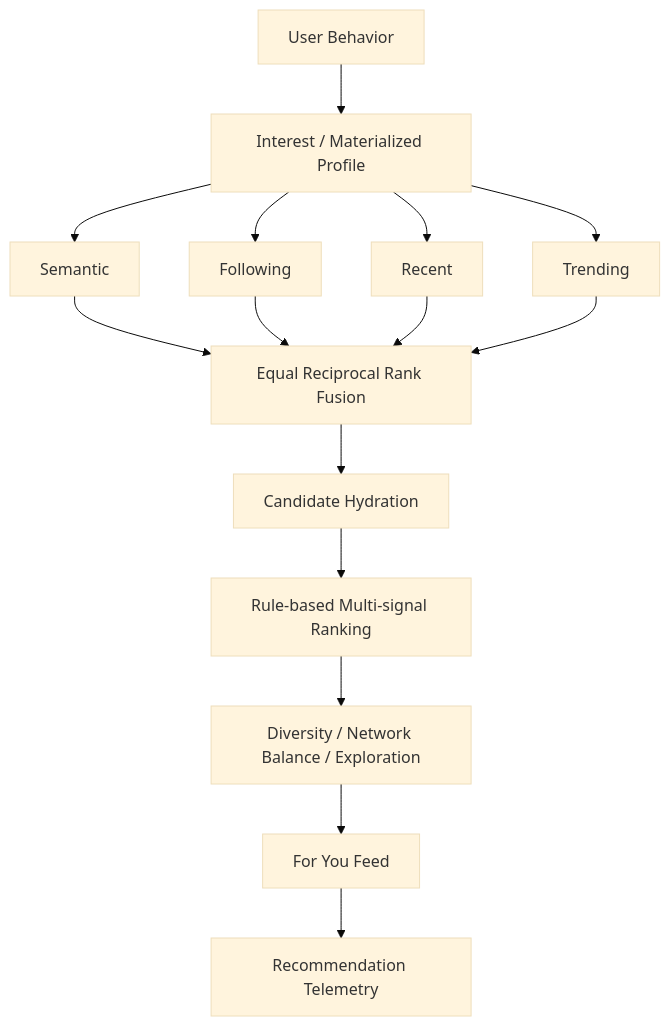
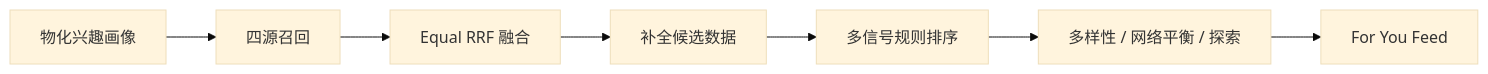
The first of 2 diagrams in README.md (cc483858939-ops/exchange-platform), drawn with Mermaid (base theme) before and after one commit. The commit also changed other lines of this file, not shown here.

Commit message:
Rewrite README with architecture, features, setup, and validation guide

````diff
--- a/README.md
+++ b/README.md
@@ -33,17 +35,9 @@
 ```mermaid
-flowchart TD
-    A[User Behavior] --> B[Interest / Materialized Profile]
-    B --> C1[Semantic]
-    B --> C2[Following]
-    B --> C3[Recent]
-    B --> C4[Trending]
-    C1 --> D[Equal Reciprocal Rank Fusion]
-    C2 --> D
-    C3 --> D
-    C4 --> D
-    D --> E[Candidate Hydration]
-    E --> F[Rule-based Multi-signal Ranking]
-    F --> G[Diversity / Network Balance / Exploration]
-    G --> H[For You Feed]
-    H --> I[Recommendation Telemetry]
+flowchart LR
+    P[物化兴趣画像] --> R[四源召回]
+    R --> F[Equal RRF 融合]
+    F --> H[补全候选数据]
+    H --> S[多信号规则排序]
+    S --> D[多样性 / 网络平衡 / 探索]
+    D --> O[For You Feed]
 ```
````
